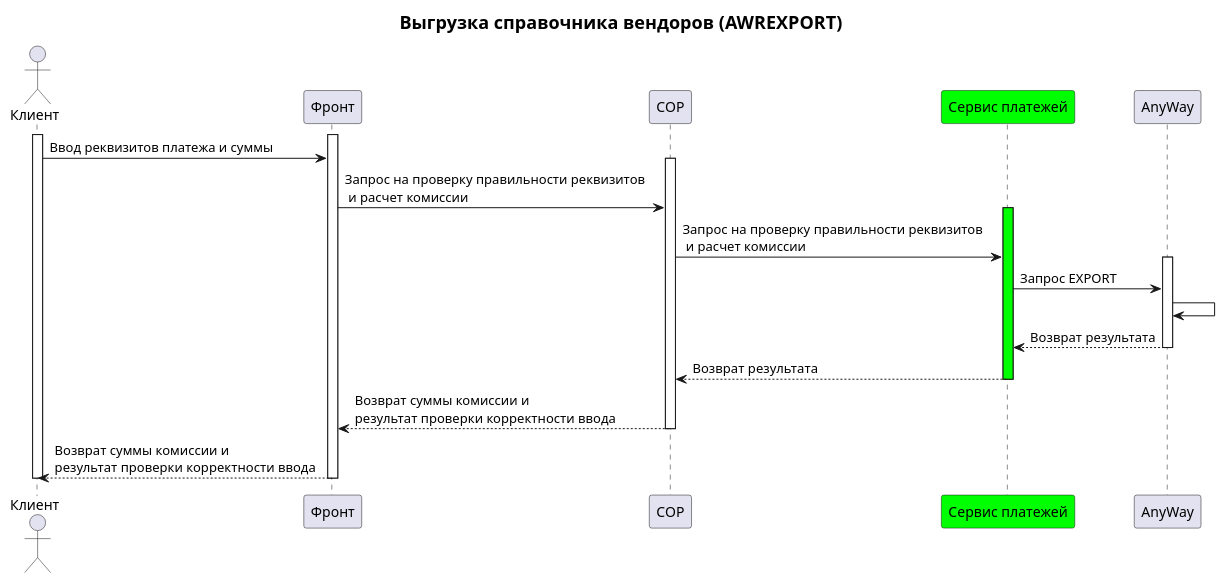
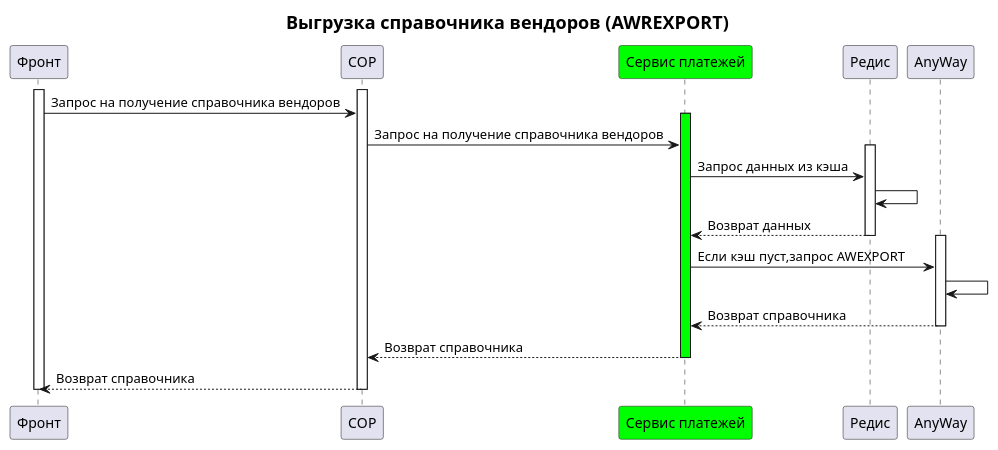
Before and after one commit to slavickk/ephysix: the diagram in ParserLibrary/Plugins/SwaggerUIData/PlantUML/export.puml, drawn with PlantUML. The commit also changed 111 other files, not shown here.

```diff
--- a/ParserLibrary/Plugins/SwaggerUIData/PlantUML/export.puml
+++ b/ParserLibrary/Plugins/SwaggerUIData/PlantUML/export.puml
@@ -1,27 +1,28 @@
 @startuml
 title = Выгрузка справочника вендоров (AWREXPORT)
-actor "Клиент"              as Item1  order 10 
-participant "Фронт"              as Item2  order 20 
-participant "СОР"              as Item3  order 30 
-participant "Сервис платежей"              as Item4  order 40 #00FF00
-participant "AnyWay"              as Item5  order 50 
-  activate Item1 
+participant "Фронт"              as Item2  order 10 
+participant "СОР"              as Item3  order 20 
+participant "Сервис платежей"              as Item4  order 30 #00FF00
+participant "Редис"              as Item5  order 40 
+participant "AnyWay"              as Item6  order 50 
   activate Item2 
-  Item1 -> Item2 : Ввод реквизитов платежа и суммы
   activate Item3 
-  Item2 -> Item3 : Запрос на проверку правильности реквизитов \n и расчет комиссии
+  Item2 -> Item3 : Запрос на получение справочника вендоров
   activate Item4 #00FF00
-  Item3 -> Item4 : Запрос на проверку правильности реквизитов \n и расчет комиссии
+  Item3 -> Item4 : Запрос на получение справочника вендоров
   activate Item5 
-  Item4 -> Item5 : Запрос EXPORT
+  Item4 -> Item5 : Запрос данных из кэша
   Item5 -> Item5
-  Item5 --> Item4 : Возврат результата
+  Item5 --> Item4 : Возврат данных
   deactivate Item5
-  Item4 --> Item3 : Возврат результата
+  activate Item6 
+  Item4 -> Item6 : Если кэш пуст,запрос AWEXPORT 
+  Item6 -> Item6
+  Item6 --> Item4 : Возврат справочника
+  deactivate Item6
+  Item4 --> Item3 : Возврат справочника
   deactivate Item4
-  Item3 --> Item2 : Возврат суммы комиссии и \nрезультат проверки корректности ввода
+  Item3 --> Item2 : Возврат справочника
   deactivate Item3
-  Item2 --> Item1 : Возврат суммы комиссии и \nрезультат проверки корректности ввода
   deactivate Item2
-  deactivate Item1
 @enduml
```
